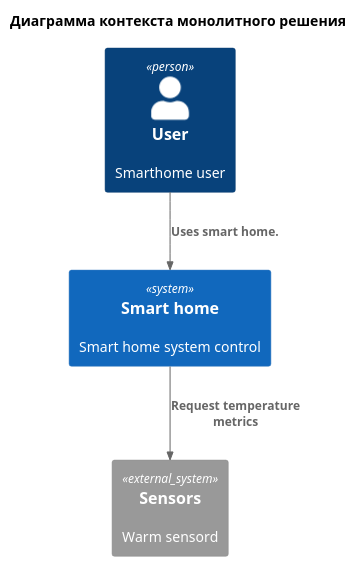
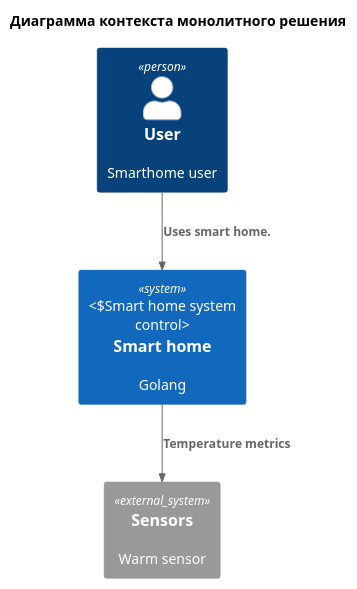
The diagram in schemas/context/monolit.puml (Yurtaevtv/architector-pro-warmhouse), drawn with PlantUML before and after one commit. The commit also changed 6 other files, not shown here.

```diff
--- a/schemas/context/monolit.puml
+++ b/schemas/context/monolit.puml
@@ -1,18 +1,18 @@
 @startuml
 
 title Диаграмма контекста монолитного решения
 
 top to bottom direction
 
 !includeurl https://raw.githubusercontent.com/RicardoNiepel/C4-PlantUML/master/C4_Component.puml
 
 Person(user, "User", "Smarthome user")
-System(SmartHome, "Smart home", "Smart home system control")
-System_Ext(sensors, "Sensors", "Warm sensord")
+System(SmartHome, "Smart home", "Golang", "Smart home system control")
+System_Ext(sensors, "Sensors", "Warm sensor")
 
 
-Rel(SmartHome, sensors,  "Request temperature metrics")
+Rel(SmartHome, sensors,  "Temperature metrics")
 Rel(user, SmartHome,  "Uses smart home. ")
 
 
 @enduml
```
